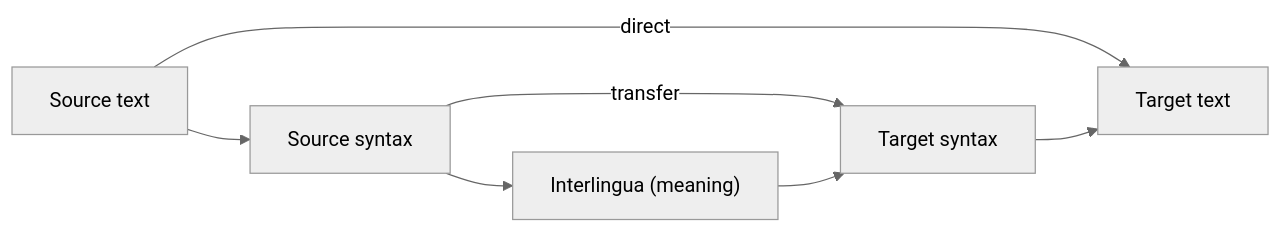
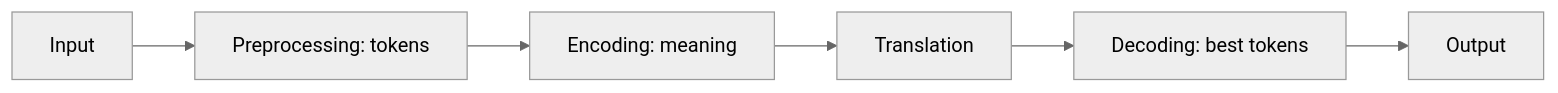
One commit to TrendySloth1001/sem-seven-notes changed the diagram in content/natural-language-processing/pyq/2024-05-ce/q6a.mdx. Above: the diagram before and after it, drawn with Mermaid (neutral theme). The commit also changed other lines of this file and 406 other files, not shown here.

````diff
--- a/content/natural-language-processing/pyq/2024-05-ce/q6a.mdx
+++ b/content/natural-language-processing/pyq/2024-05-ce/q6a.mdx
@@ -15,7 +20,9 @@
 ```mermaid
-%% caption: Three routes from source to target (Vauquois triangle idea). Direct changes words only, transfer changes the grammar structure, interlingua goes through a language-free meaning.
+%% caption: Working of a machine translation system.
 flowchart LR
-  S["Source text"] -->|"direct"| T["Target text"]
-  S --> SS["Source syntax"] -->|"transfer"| TS["Target syntax"] --> T
-  SS --> I["Interlingua (meaning)"] --> TS
+  A["Input"] --> B["Preprocessing: tokens"]
+  B --> C["Encoding: meaning"]
+  C --> D["Translation"]
+  D --> E["Decoding: best tokens"]
+  E --> F["Output"]
 ```
````
